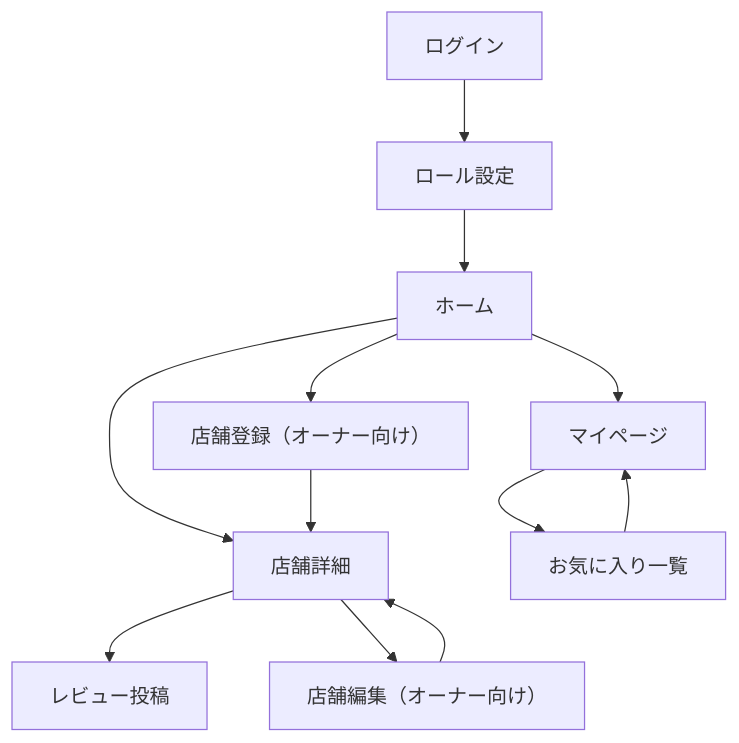
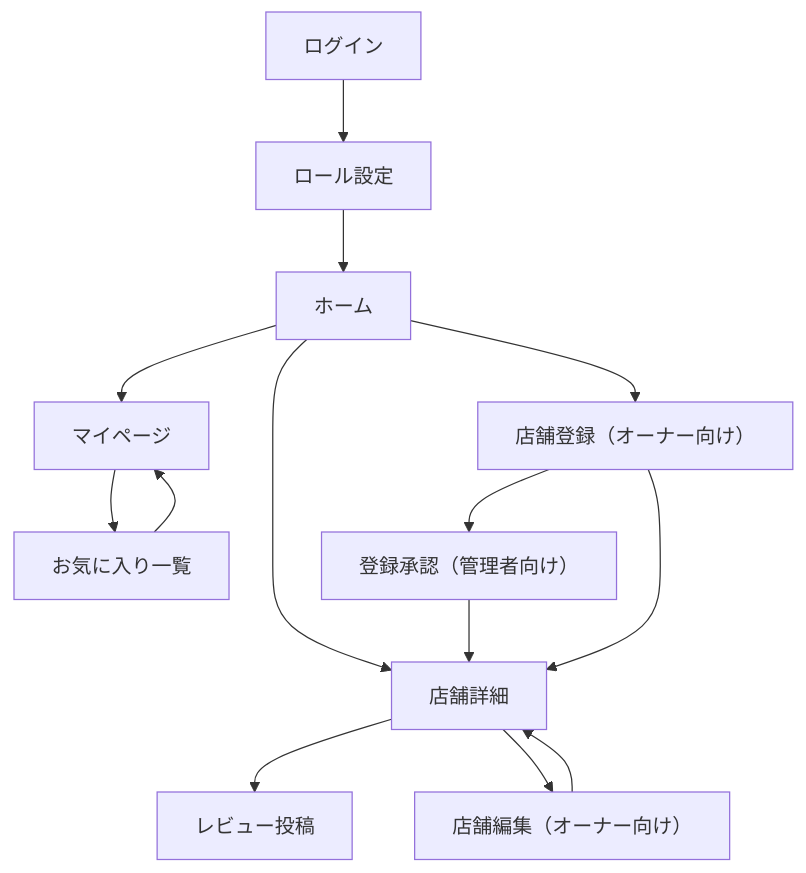
One commit to TeamH04/team-production changed the diagram in docs/screen-flow.md. Above: the diagram before and after it, drawn with Mermaid. The commit also changed other lines of this file, not shown here.

Commit message:
chore: レビューの反映

````diff
--- a/docs/screen-flow.md
+++ b/docs/screen-flow.md
@@ -17,19 +17,22 @@
 ```mermaid
 flowchart TD
 
     A[ログイン] --> B[ロール設定]
     B --> C[ホーム]
 
     C --> D[マイページ]
     C --> E[店舗詳細]
     C --> F[店舗登録（オーナー向け）]
 
     D --> G[お気に入り一覧]
     G --> D
 
     E --> H[レビュー投稿]
     E --> I[店舗編集（オーナー向け）]
 
+    F --> J[登録承認（管理者向け）]
+    J --> E
+
     F --> E
-I --> E
+    I --> E
 ```
````
